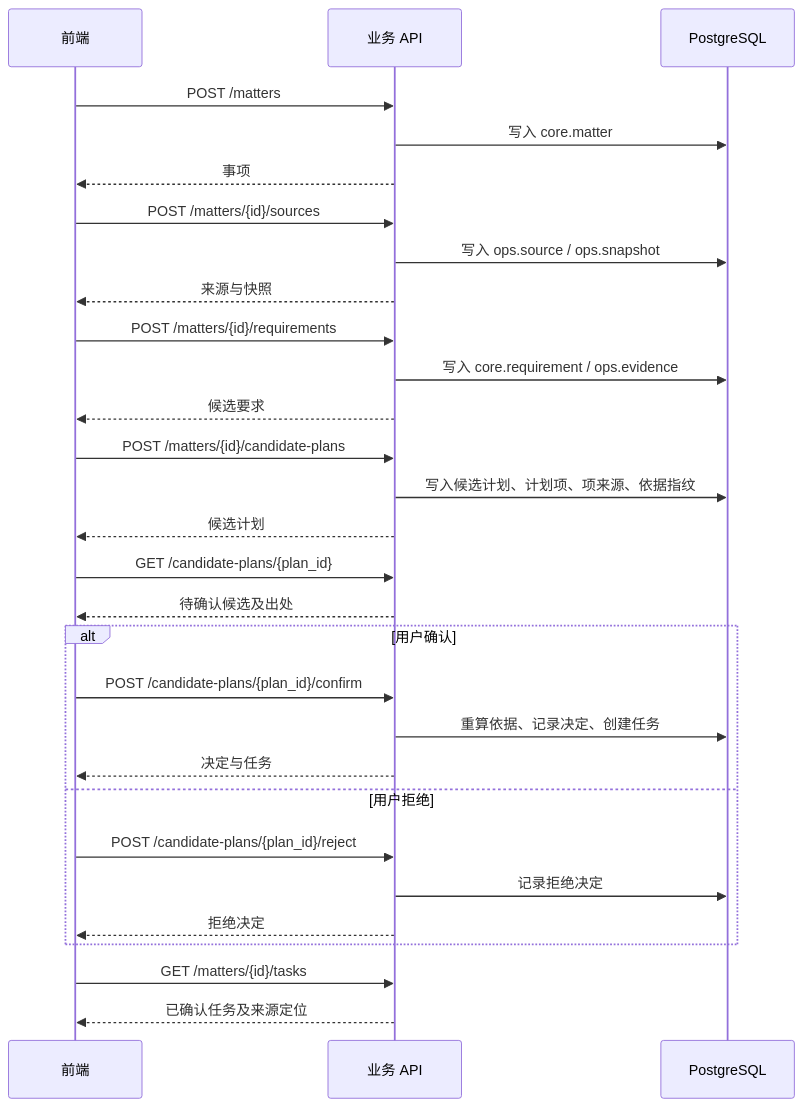
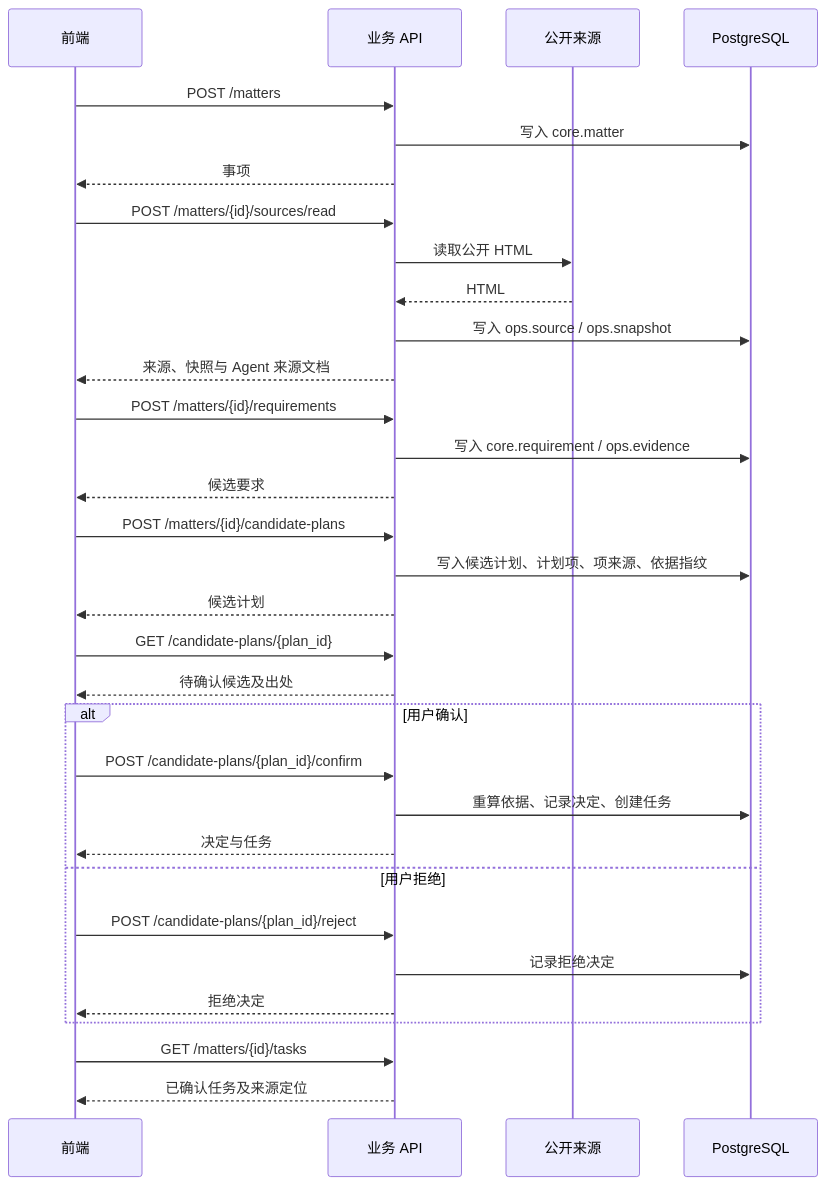
The diagram in docs/backend/api.md (LotteryCamp/OfferPilot), drawn with Mermaid before and after one commit. The commit also changed other lines of this file and 8 other files, not shown here.

````diff
--- a/docs/backend/api.md
+++ b/docs/backend/api.md
@@ -95,38 +95,41 @@
 ```mermaid
 sequenceDiagram
     participant Client as 前端
     participant API as 业务 API
+    participant Web as 公开来源
     participant DB as PostgreSQL
 
     Client->>API: POST /matters
     API->>DB: 写入 core.matter
     API-->>Client: 事项
 
-    Client->>API: POST /matters/{id}/sources
+    Client->>API: POST /matters/{id}/sources/read
+    API->>Web: 读取公开 HTML
+    Web-->>API: HTML
     API->>DB: 写入 ops.source / ops.snapshot
-    API-->>Client: 来源与快照
+    API-->>Client: 来源、快照与 Agent 来源文档
 
     Client->>API: POST /matters/{id}/requirements
     API->>DB: 写入 core.requirement / ops.evidence
     API-->>Client: 候选要求
 
     Client->>API: POST /matters/{id}/candidate-plans
     API->>DB: 写入候选计划、计划项、项来源、依据指纹
     API-->>Client: 候选计划
 
     Client->>API: GET /candidate-plans/{plan_id}
     API-->>Client: 待确认候选及出处
 
     alt 用户确认
         Client->>API: POST /candidate-plans/{plan_id}/confirm
         API->>DB: 重算依据、记录决定、创建任务
         API-->>Client: 决定与任务
     else 用户拒绝
         Client->>API: POST /candidate-plans/{plan_id}/reject
         API->>DB: 记录拒绝决定
         API-->>Client: 拒绝决定
     end
 
     Client->>API: GET /matters/{id}/tasks
     API-->>Client: 已确认任务及来源定位
 ```
````
